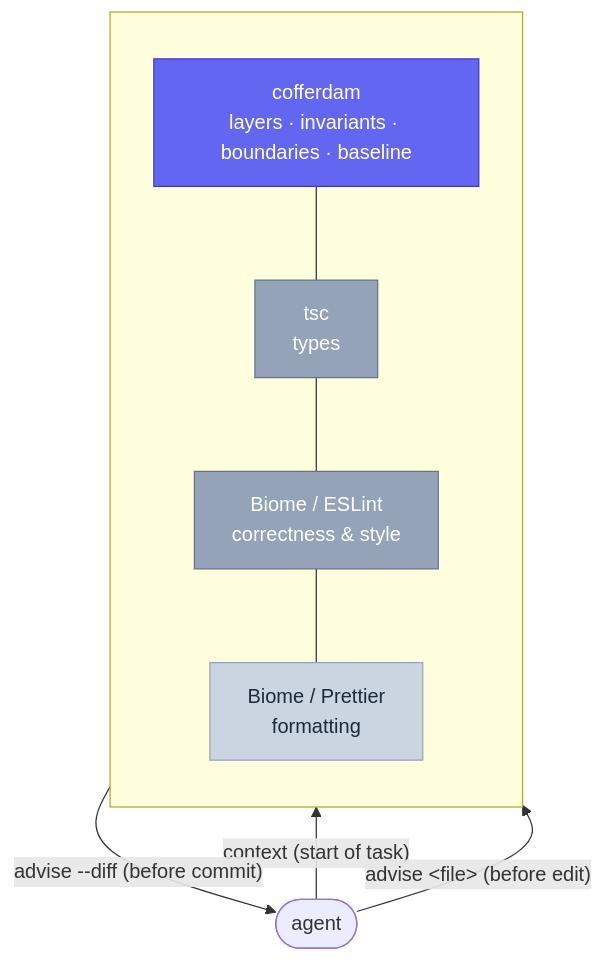
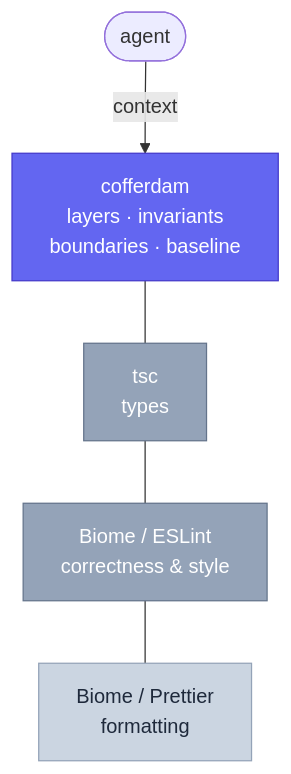
Before and after one commit to TAJD/cofferdam: the diagram in docs/index.md, drawn with Mermaid. The commit also changed other lines of this file and 42 other files, not shown here.

First line of the commit message:
docs: make cofferdam context the entry point, document --only (#197)

````diff
--- a/docs/index.md
+++ b/docs/index.md
@@ -33,19 +93,14 @@
 ```mermaid
 flowchart TB
-    subgraph stack [" "]
-        direction TB
-        A["cofferdam<br/>layers · invariants · boundaries · baseline"]
-        B["tsc<br/>types"]
-        C["Biome / ESLint<br/>correctness & style"]
-        D["Biome / Prettier<br/>formatting"]
-        A --- B --- C --- D
-    end
-    agent(["agent"]) -- "context (start of task)" --> A
-    agent -- "advise &lt;file&gt; (before edit)" --> A
-    A -- "advise --diff (before commit)" --> agent
+    agent(["agent"]) -- "context" --> A
+    A["cofferdam<br/>layers · invariants<br/>boundaries · baseline"]
+    B["tsc<br/>types"]
+    C["Biome / ESLint<br/>correctness & style"]
+    D["Biome / Prettier<br/>formatting"]
+    A --- B --- C --- D
 
     style A fill:#6366f1,color:#fff,stroke:#4338ca
     style B fill:#94a3b8,color:#fff,stroke:#64748b
     style C fill:#94a3b8,color:#fff,stroke:#64748b
     style D fill:#cbd5e1,color:#1e293b,stroke:#94a3b8
 ```
````
